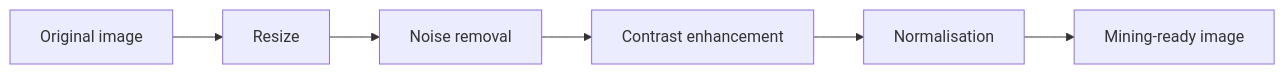
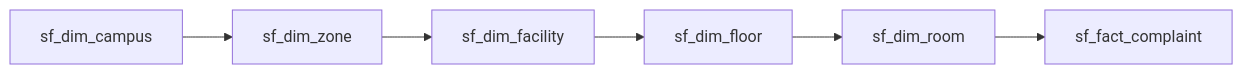
Before and after one commit to SaiGrover/Campus-Lens: the fifth of 7 diagrams in README.md, drawn with Mermaid. The commit also changed other lines of this file and 95 other files, not shown here.

````diff
--- a/README.md
+++ b/README.md
@@ -261,8 +127,8 @@
 ```mermaid
 flowchart LR
-    Original["Original image"] --> Resize["Resize"]
-    Resize --> Noise["Noise removal"]
-    Noise --> Contrast["Contrast enhancement"]
-    Contrast --> Normalize["Normalisation"]
-    Normalize --> Ready["Mining-ready image"]
+    CAMPUS["sf_dim_campus"] --> ZONE["sf_dim_zone"]
+    ZONE --> FACILITY["sf_dim_facility"]
+    FACILITY --> FLOOR["sf_dim_floor"]
+    FLOOR --> ROOM["sf_dim_room"]
+    ROOM --> FACT["sf_fact_complaint"]
 ```
````
